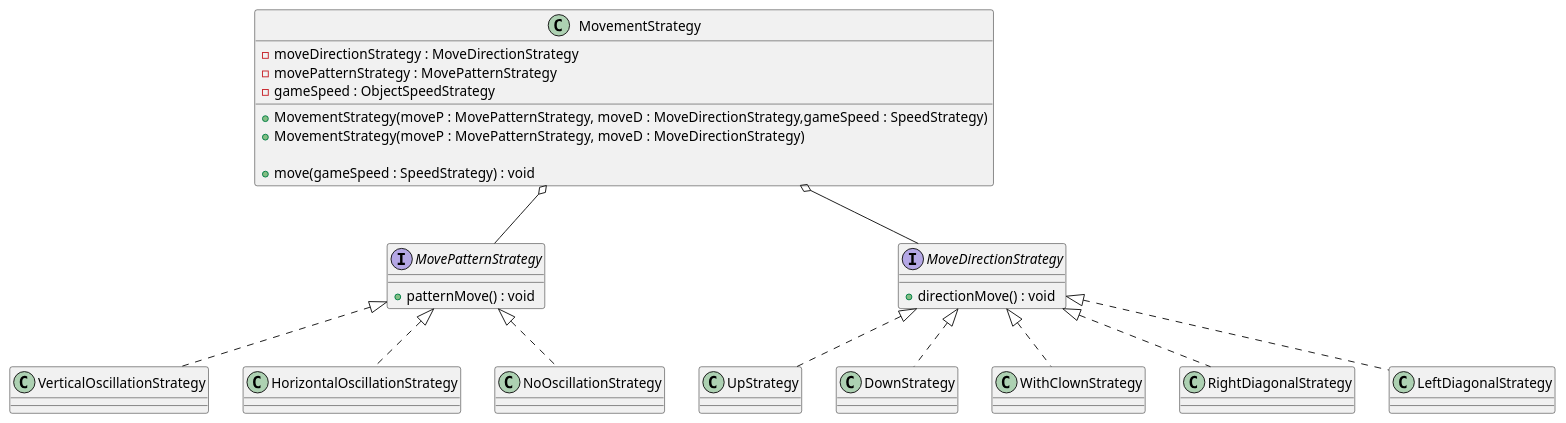
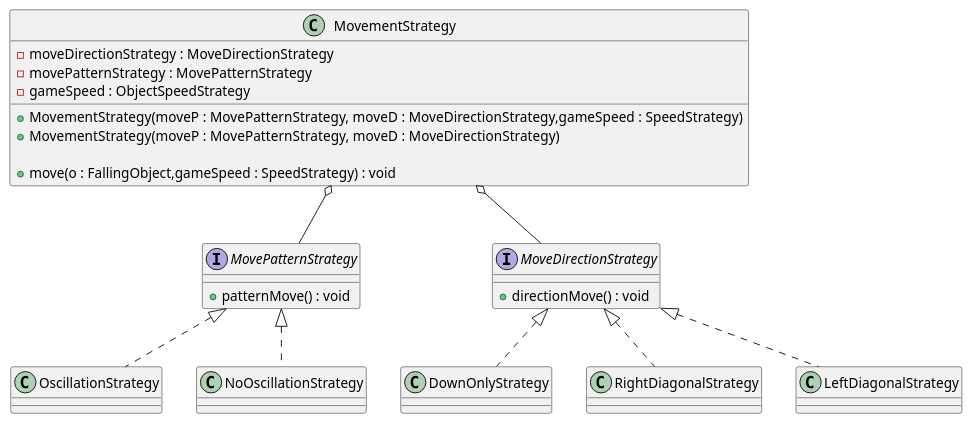
The diagram in UML/Design Patterns/MovementStrategy.wsd (shadyalattarr/Circus-of-Plates), drawn with PlantUML before and after one commit.

Commit message:
movementstrat uml

```diff
--- a/UML/Design Patterns/MovementStrategy.wsd
+++ b/UML/Design Patterns/MovementStrategy.wsd
@@ -1,71 +1,54 @@
 @startuml MovementStrategy
 
 class MovementStrategy{
     -moveDirectionStrategy : MoveDirectionStrategy
     -movePatternStrategy : MovePatternStrategy
     -gameSpeed : ObjectSpeedStrategy
     +MovementStrategy(moveP : MovePatternStrategy, moveD : MoveDirectionStrategy,gameSpeed : SpeedStrategy)
     +MovementStrategy(moveP : MovePatternStrategy, moveD : MoveDirectionStrategy) 
     /'second constructor to make a movement without speed aka difault speed?'/
 
-    +move(gameSpeed : SpeedStrategy) : void
+    +move(o : FallingObject,gameSpeed : SpeedStrategy) : void
 }
 
 
 interface MovePatternStrategy { 
     +patternMove() : void
 }
 
-class VerticalOscillationStrategy { 
+class OscillationStrategy { 
 
 }
 
-class HorizontalOscillationStrategy { 
-    
-}
 
 class NoOscillationStrategy { 
     
 }
 
 interface MoveDirectionStrategy{
     +directionMove() : void
 }
 
-class UpStrategy{
-
-}
-
-class DownStrategy{
-
-}
-
-class WithClownStrategy{
+class DownOnlyStrategy{
 
 }
 
 class RightDiagonalStrategy {
 
 }
 
 class LeftDiagonalStrategy {
 
 }
 
 MovementStrategy o-- MoveDirectionStrategy
 MovementStrategy o-- MovePatternStrategy
 
-
-
-MoveDirectionStrategy <|.. UpStrategy 
-MoveDirectionStrategy <|.. DownStrategy 
-MoveDirectionStrategy <|.. WithClownStrategy 
+MoveDirectionStrategy <|.. DownOnlyStrategy 
 MoveDirectionStrategy <|.. RightDiagonalStrategy 
 MoveDirectionStrategy <|.. LeftDiagonalStrategy 
 
-
 MovePatternStrategy <|.. NoOscillationStrategy
-MovePatternStrategy <|.. VerticalOscillationStrategy
-MovePatternStrategy <|.. HorizontalOscillationStrategy
+MovePatternStrategy <|.. OscillationStrategy
 
 @enduml
```
